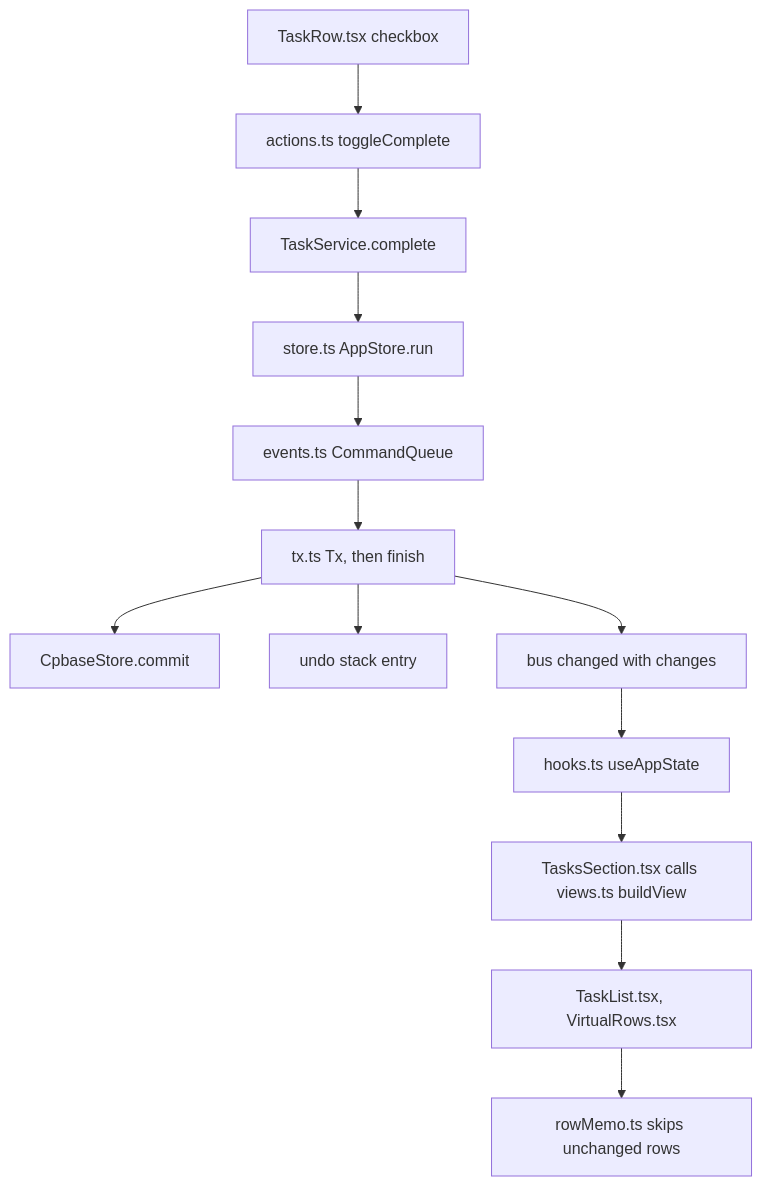
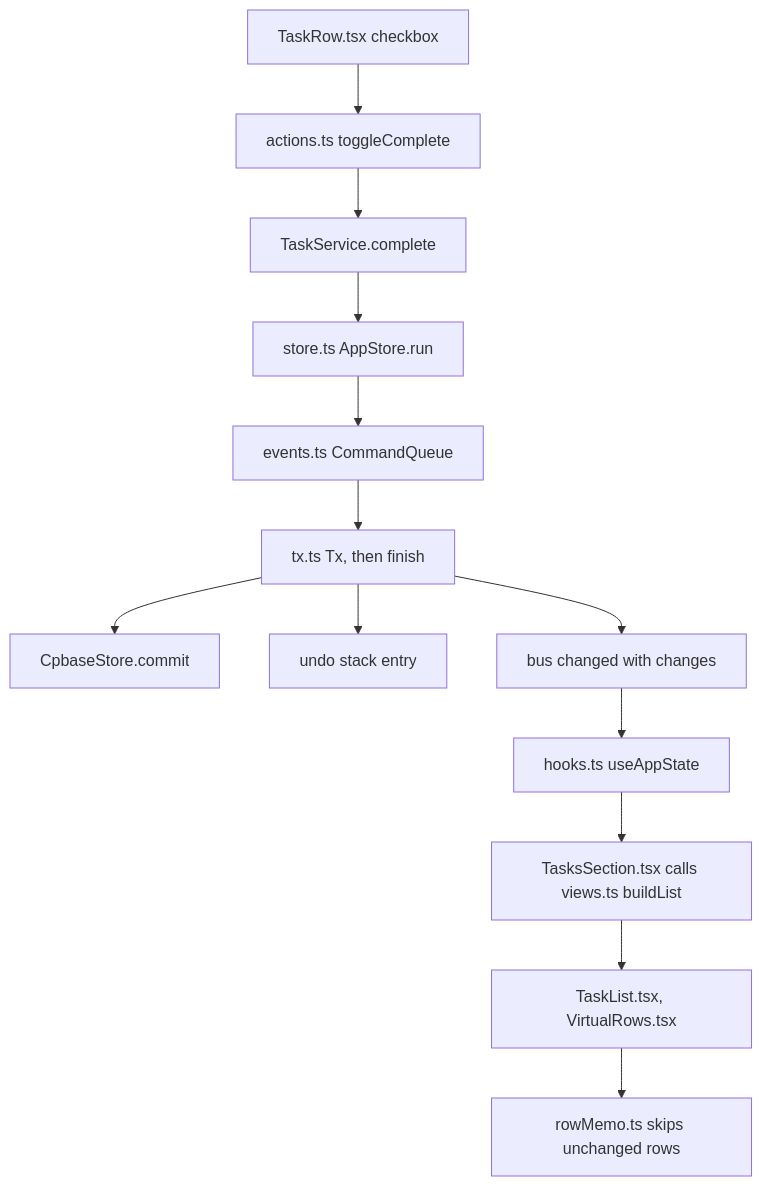
One commit to MHElnour/logwell changed the second of 4 diagrams in docs/development/architecture.md. Above: the diagram before and after it, drawn with Mermaid. The commit also changed other lines of this file and 2 other files, not shown here.

Commit message:
Count one filtering and one ordering per Tasks view redraw (#41)

````diff
--- a/docs/development/architecture.md
+++ b/docs/development/architecture.md
@@ -46,15 +46,15 @@
 ```mermaid
 flowchart TD
   A[TaskRow.tsx checkbox] --> B[actions.ts toggleComplete]
   B --> C[TaskService.complete]
   C --> D[store.ts AppStore.run]
   D --> E[events.ts CommandQueue]
   E --> F[tx.ts Tx, then finish]
   F --> G[CpbaseStore.commit]
   F --> H[undo stack entry]
   F --> I[bus changed with changes]
   I --> J[hooks.ts useAppState]
-  J --> K[TasksSection.tsx calls views.ts buildView]
+  J --> K[TasksSection.tsx calls views.ts buildList]
   K --> L[TaskList.tsx, VirtualRows.tsx]
   L --> M[rowMemo.ts skips unchanged rows]
 ```
````
